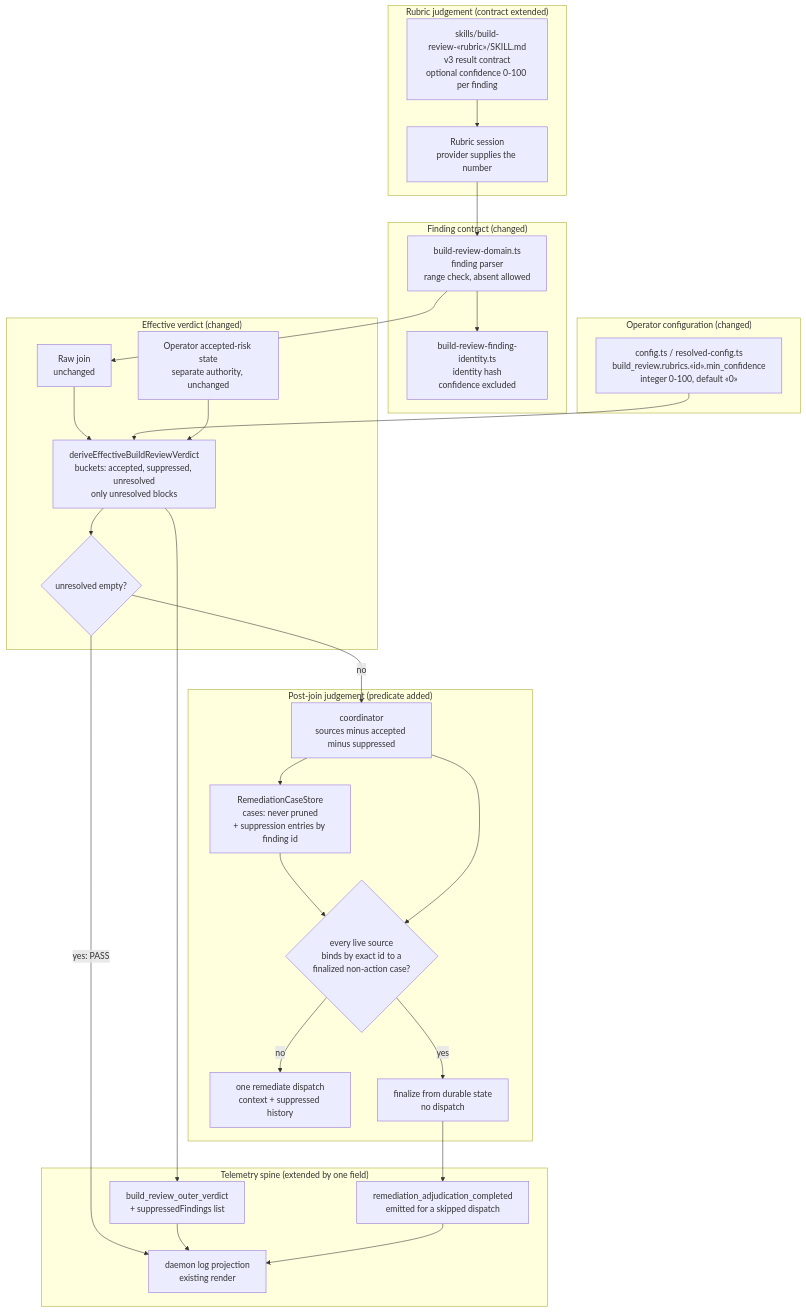
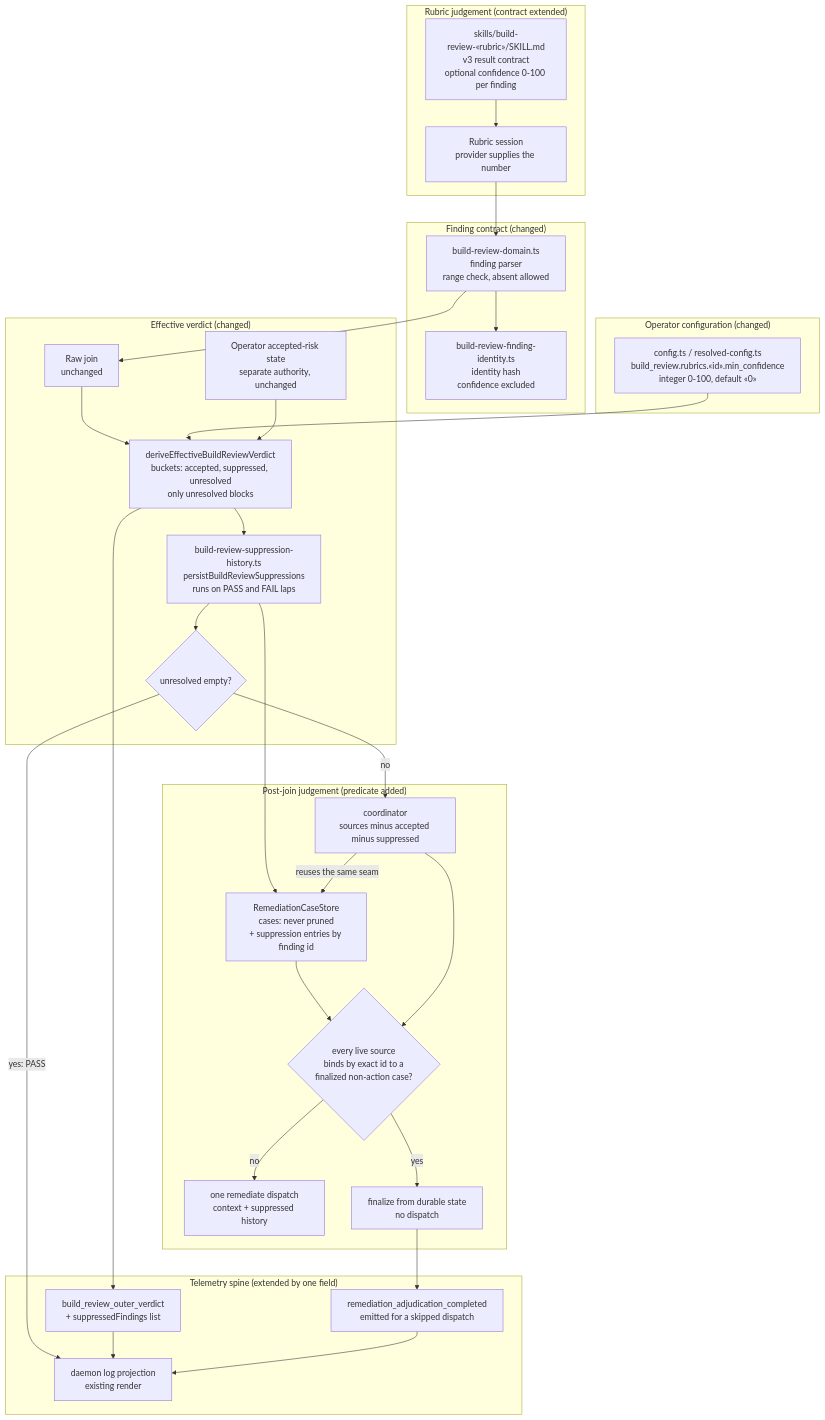
The diagram in .docs/architecture/operator-configurable-confidence-floor-for-acting-.md (jstoup111/ai-conductor), drawn with Mermaid before and after one commit. The commit also changed other lines of this file and 2 other files, not shown here.

First line of the commit message:
docs(decide): name the suppression-persistence seam that runs on PASS and FAIL laps (AB-1)

````diff
--- a/.docs/architecture/operator-configurable-confidence-floor-for-acting-.md
+++ b/.docs/architecture/operator-configurable-confidence-floor-for-acting-.md
@@ -11,57 +11,60 @@
 ```mermaid
 graph TD
   subgraph Graders["Rubric judgement (contract extended)"]
     SKILL["skills/build-review-«rubric»/SKILL.md<br/>v3 result contract<br/>optional confidence 0-100 per finding"]
     GRADE["Rubric session<br/>provider supplies the number"]
   end
 
   subgraph Parse["Finding contract (changed)"]
     DOMAIN["build-review-domain.ts<br/>finding parser<br/>range check, absent allowed"]
     IDENT["build-review-finding-identity.ts<br/>identity hash<br/>confidence excluded"]
   end
 
   subgraph Config["Operator configuration (changed)"]
     CFG["config.ts / resolved-config.ts<br/>build_review.rubrics.«id».min_confidence<br/>integer 0-100, default «0»"]
   end
 
   subgraph Effective["Effective verdict (changed)"]
     RAW["Raw join<br/>unchanged"]
     REDUCE["deriveEffectiveBuildReviewVerdict<br/>buckets: accepted, suppressed, unresolved<br/>only unresolved blocks"]
     OPDISP["Operator accepted-risk state<br/>separate authority, unchanged"]
+    SEAM["build-review-suppression-history.ts<br/>persistBuildReviewSuppressions<br/>runs on PASS and FAIL laps"]
     PASSQ{"unresolved empty?"}
   end
 
   subgraph Adjudication["Post-join judgement (predicate added)"]
     COORD["coordinator<br/>sources minus accepted minus suppressed"]
     STORE["RemediationCaseStore<br/>cases: never pruned<br/>+ suppression entries by finding id"]
     SETTLED{"every live source<br/>binds by exact id to a<br/>finalized non-action case?"}
     JUDGE["one remediate dispatch<br/>context + suppressed history"]
     FINAL["finalize from durable state<br/>no dispatch"]
   end
 
   subgraph Spine["Telemetry spine (extended by one field)"]
     OUTER["build_review_outer_verdict<br/>+ suppressedFindings list"]
     ADJ["remediation_adjudication_completed<br/>emitted for a skipped dispatch"]
     LOG["daemon log projection<br/>existing render"]
   end
 
   SKILL --> GRADE
   GRADE --> DOMAIN
   DOMAIN --> IDENT
   DOMAIN --> RAW
   RAW --> REDUCE
   CFG --> REDUCE
   OPDISP --> REDUCE
   REDUCE --> OUTER
-  COORD --> STORE
-  REDUCE --> PASSQ
+  REDUCE --> SEAM
+  SEAM --> STORE
+  COORD -->|reuses the same seam| STORE
+  SEAM --> PASSQ
   PASSQ -->|yes: PASS| LOG
   PASSQ -->|no| COORD
   STORE --> SETTLED
   COORD --> SETTLED
   SETTLED -->|yes| FINAL
   SETTLED -->|no| JUDGE
   FINAL --> ADJ
   OUTER --> LOG
   ADJ --> LOG
 ```
````
